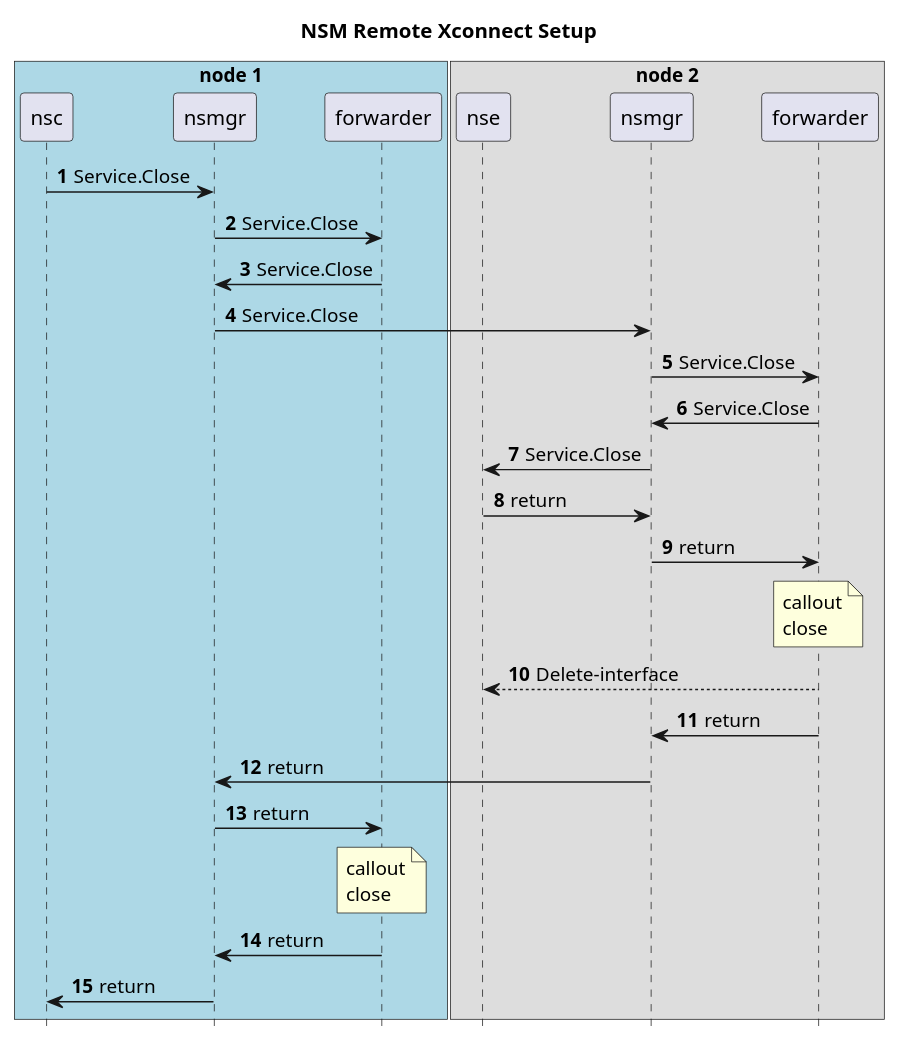
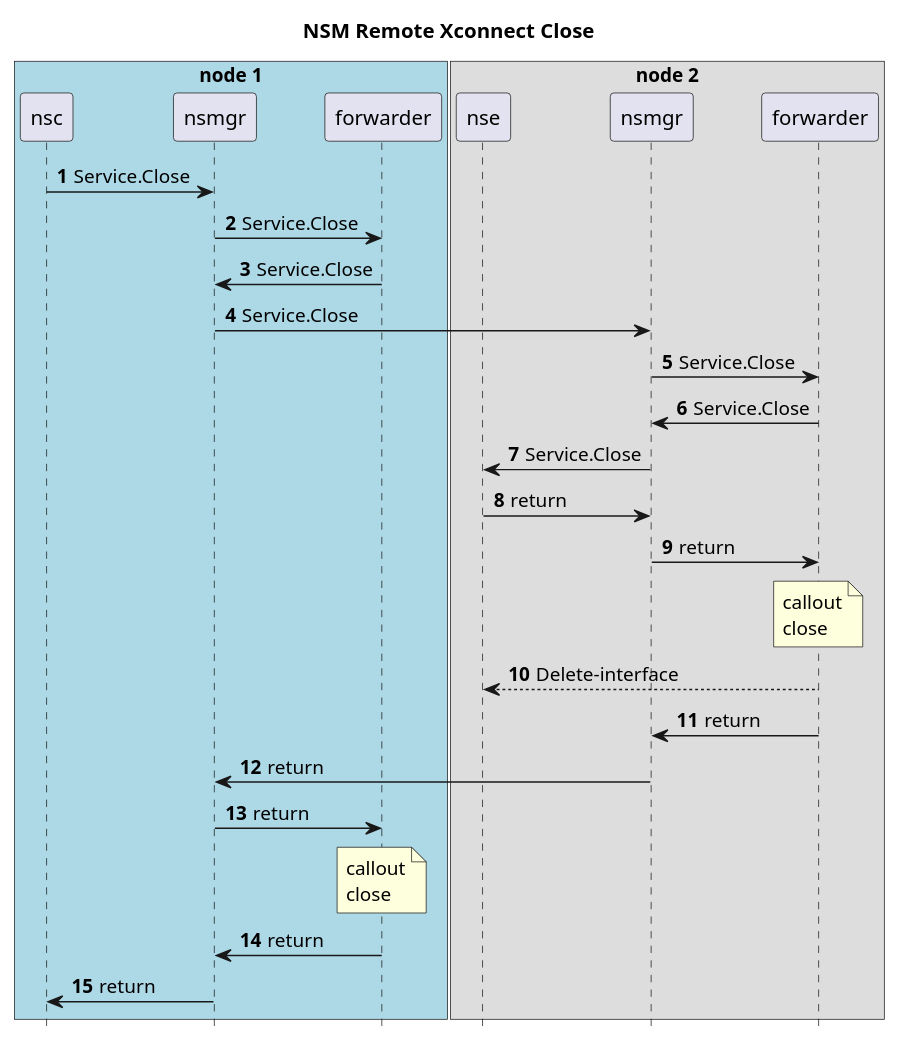
Before and after one commit to Nordix/nsm-forwarder-generic: the diagram in seq-close-remote.puml, drawn with PlantUML. The commit also changed 5 other files, not shown here.

```diff
--- a/seq-close-remote.puml
+++ b/seq-close-remote.puml
@@ -1,35 +1,35 @@
 @startuml
 autonumber
 hide footbox
-title NSM Remote Xconnect Setup
+title NSM Remote Xconnect Close
 box "node 1" #LightBlue
 participant nsc as NSC order 10
 participant "nsmgr" as LN order 20
 participant "forwarder" as LF order 30
 end box
 box "node 2"
 participant nse as NSE order 40
 participant "nsmgr" as RN order 50
 participant "forwarder" as RF order 60
 end box
 
 NSC->LN: Service.Close
 LN->LF: Service.Close
 LF->LN: Service.Close
 LN->RN: Service.Close
 RN->RF: Service.Close
 RF->RN: Service.Close
 RN->NSE: Service.Close
 NSE->RN: return
 RN->RF: return
 note over RF: callout\nclose
 RF-->NSE: Delete-interface
 RF->RN: return
 RN->LN: return
 
 LN->LF: return
 note over LF: callout\nclose
 LF->LN: return
 LN->NSC: return
 
 @enduml
```
